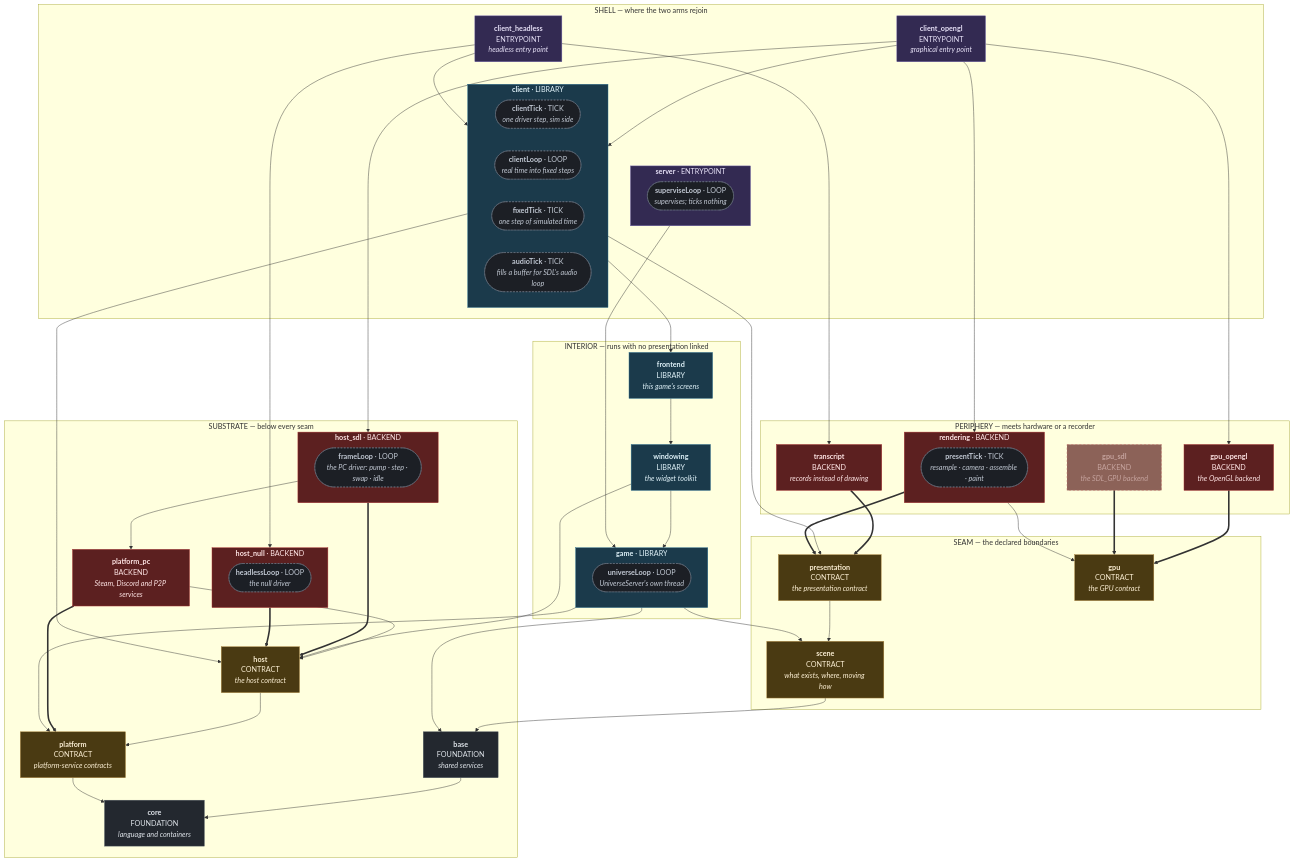
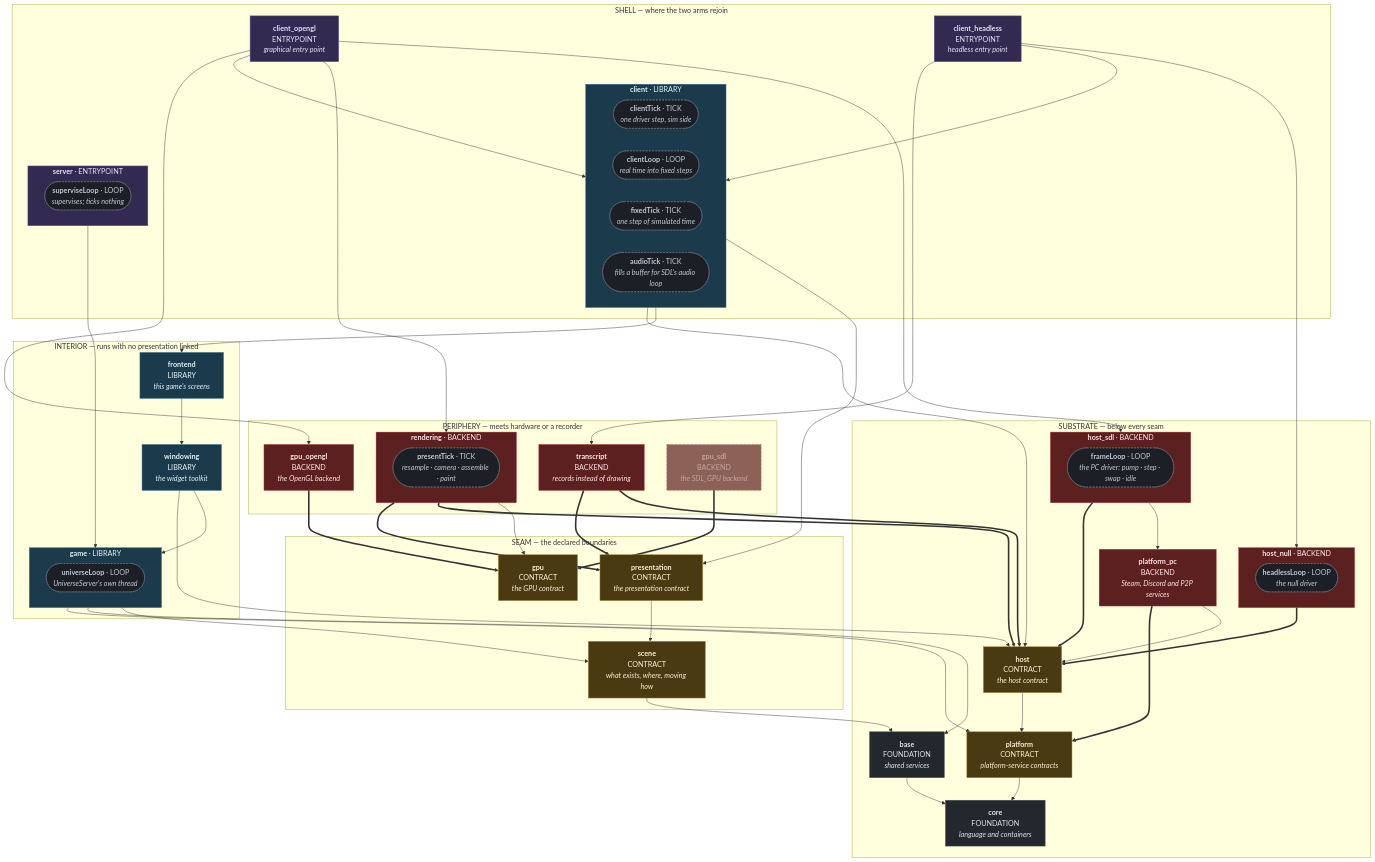
The second of 3 diagrams in docs/superpowers/specs/2026-08-01-sovereign-headless-client-design.md (apnex/OpenStarbound), drawn with Mermaid before and after one commit. The commit also changed other lines of this file, not shown here.

First line of the commit message:
docs(spec): the runtime taxonomy, the graft rule, and the approved host fix

```diff
--- a/docs/superpowers/specs/2026-08-01-sovereign-headless-client-design.md
+++ b/docs/superpowers/specs/2026-08-01-sovereign-headless-client-design.md
@@ -566,8 +566,10 @@
   shell --> front
   shell --> contract
   rend ==> contract
+  rend ==> host
   rend --> gpu
   tr ==> contract
+  tr ==> host
   glb ==> gpu
   sdlb ==> gpu
   cgl --> shell
```
